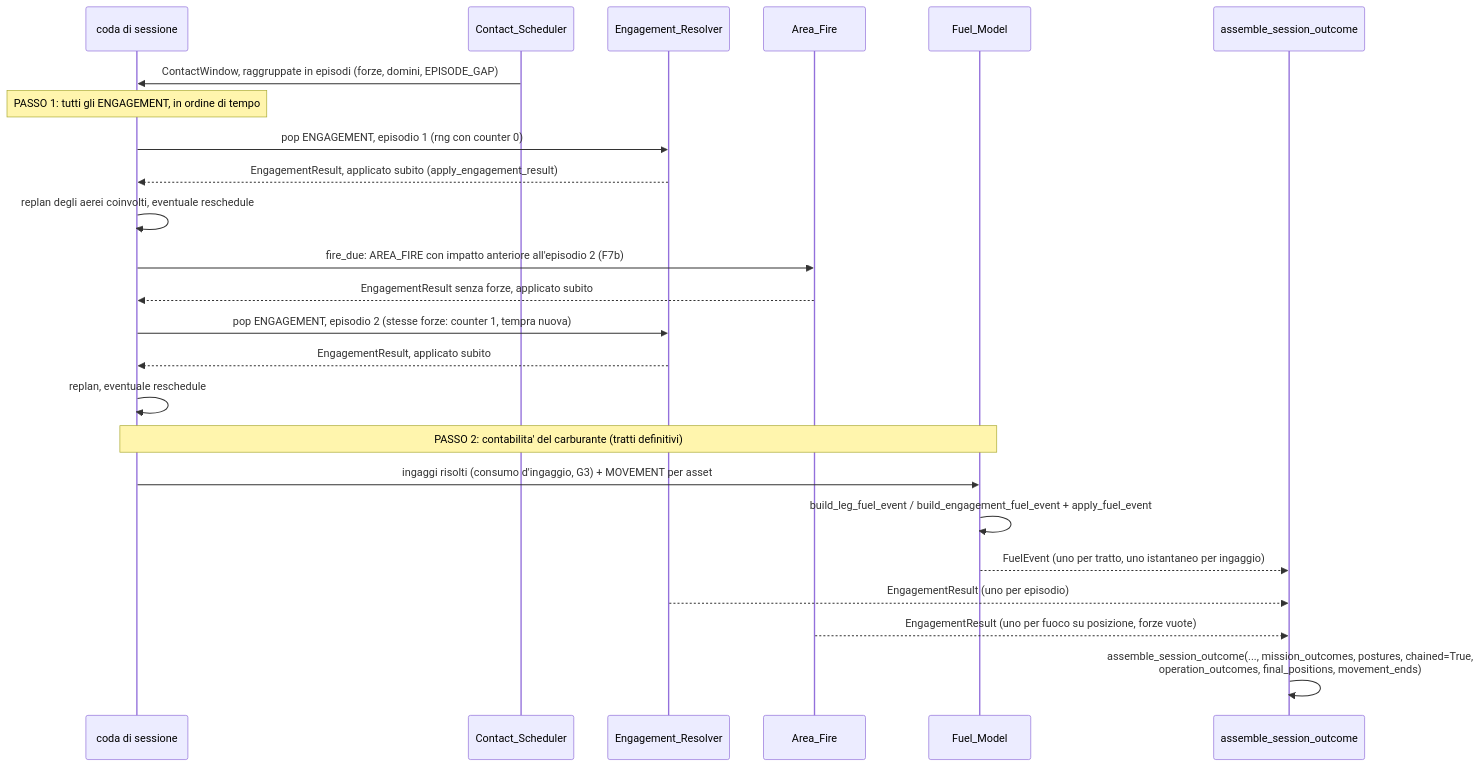
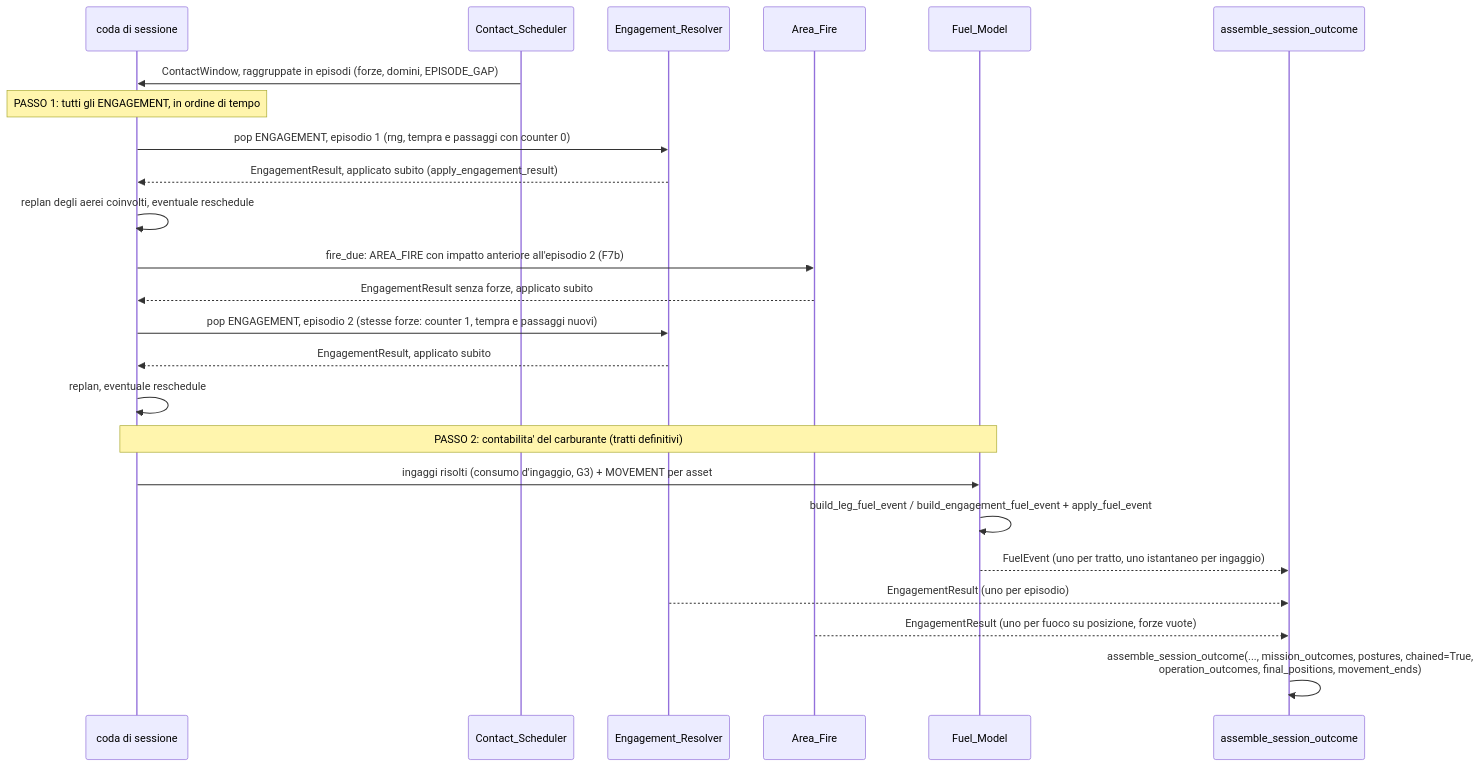
One commit to MakusIV/Warfare-Model changed the second of 18 diagrams in Analysis/Document/Manuale_Motore_DES/07_Orchestratore_Session_Simulator.md. Above: the diagram before and after it, drawn with Mermaid. The commit also changed other lines of this file and 5 other files, not shown here.

````diff
--- a/Analysis/Document/Manuale_Motore_DES/07_Orchestratore_Session_Simulator.md
+++ b/Analysis/Document/Manuale_Motore_DES/07_Orchestratore_Session_Simulator.md
@@ -425,27 +426,27 @@
 ```mermaid
 sequenceDiagram
     participant Q as coda di sessione
     participant CS as Contact_Scheduler
     participant ER as Engagement_Resolver
     participant AF as Area_Fire
     participant FM as Fuel_Model
     participant OUT as assemble_session_outcome
 
     CS->>Q: ContactWindow, raggruppate in episodi (forze, domini, EPISODE_GAP)
     Note over Q: PASSO 1: tutti gli ENGAGEMENT, in ordine di tempo
-    Q->>ER: pop ENGAGEMENT, episodio 1 (rng con counter 0)
+    Q->>ER: pop ENGAGEMENT, episodio 1 (rng, tempra e passaggi con counter 0)
     ER-->>Q: EngagementResult, applicato subito (apply_engagement_result)
     Q->>Q: replan degli aerei coinvolti, eventuale reschedule
     Q->>AF: fire_due: AREA_FIRE con impatto anteriore all'episodio 2 (F7b)
     AF-->>Q: EngagementResult senza forze, applicato subito
-    Q->>ER: pop ENGAGEMENT, episodio 2 (stesse forze: counter 1, tempra nuova)
+    Q->>ER: pop ENGAGEMENT, episodio 2 (stesse forze: counter 1, tempra e passaggi nuovi)
     ER-->>Q: EngagementResult, applicato subito
     Q->>Q: replan, eventuale reschedule
     Note over Q,FM: PASSO 2: contabilita' del carburante (tratti definitivi)
     Q->>FM: ingaggi risolti (consumo d'ingaggio, G3) + MOVEMENT per asset
     FM->>FM: build_leg_fuel_event / build_engagement_fuel_event + apply_fuel_event
     FM-->>OUT: FuelEvent (uno per tratto, uno istantaneo per ingaggio)
     ER-->>OUT: EngagementResult (uno per episodio)
     AF-->>OUT: EngagementResult (uno per fuoco su posizione, forze vuote)
     OUT->>OUT: assemble_session_outcome(..., mission_outcomes, postures, chained=True,<br/>operation_outcomes, final_positions, movement_ends)
 ```
````
